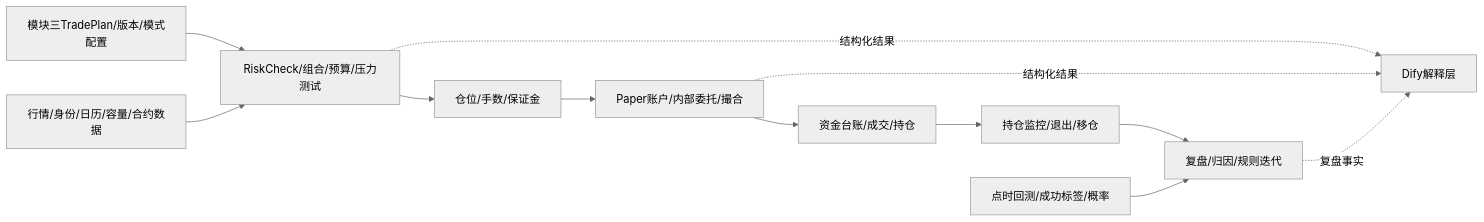
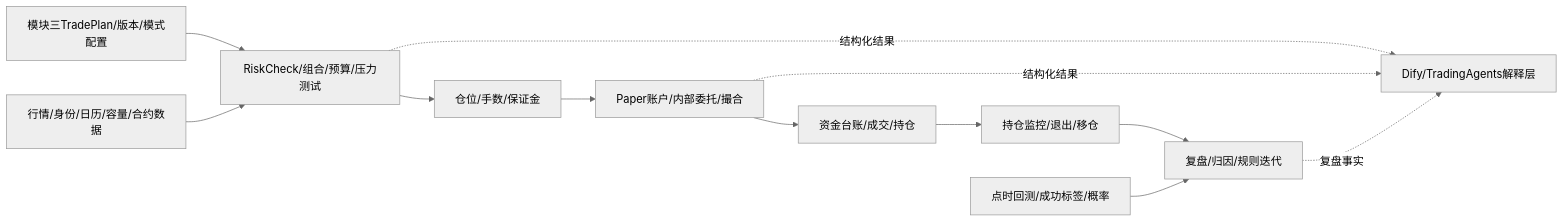
The first of 2 diagrams in doc/详设文档/详设_4_风险、交易与验证详细设计方案.md (shaoqf2350/quant), drawn with Mermaid (neutral theme) before and after one commit. The commit also changed other lines of this file and 100 other files, not shown here.

````diff
--- a/doc/详设文档/详设_4_风险、交易与验证详细设计方案.md
+++ b/doc/详设文档/详设_4_风险、交易与验证详细设计方案.md
@@ -282,23 +289,23 @@
 ```mermaid
 flowchart LR
     PLAN[模块三TradePlan/版本/模式配置]
     DATA[行情/身份/日历/容量/合约数据]
     RISK[RiskCheck/组合/预算/压力测试]
     SIZE[仓位/手数/保证金]
     PAPER[Paper账户/内部委托/撮合]
     LEDGER[资金台账/成交/持仓]
     POS[持仓监控/退出/移仓]
     BACK[点时回测/成功标签/概率]
     REVIEW[复盘/归因/规则迭代]
-    DIFY[Dify解释层]
+    DIFY[Dify/TradingAgents解释层]
 
     PLAN --> RISK
     DATA --> RISK
     RISK --> SIZE --> PAPER
     PAPER --> LEDGER --> POS
     POS --> REVIEW
     BACK --> REVIEW
     RISK -.结构化结果.-> DIFY
     PAPER -.结构化结果.-> DIFY
     REVIEW -.复盘事实.-> DIFY
 ```
````
